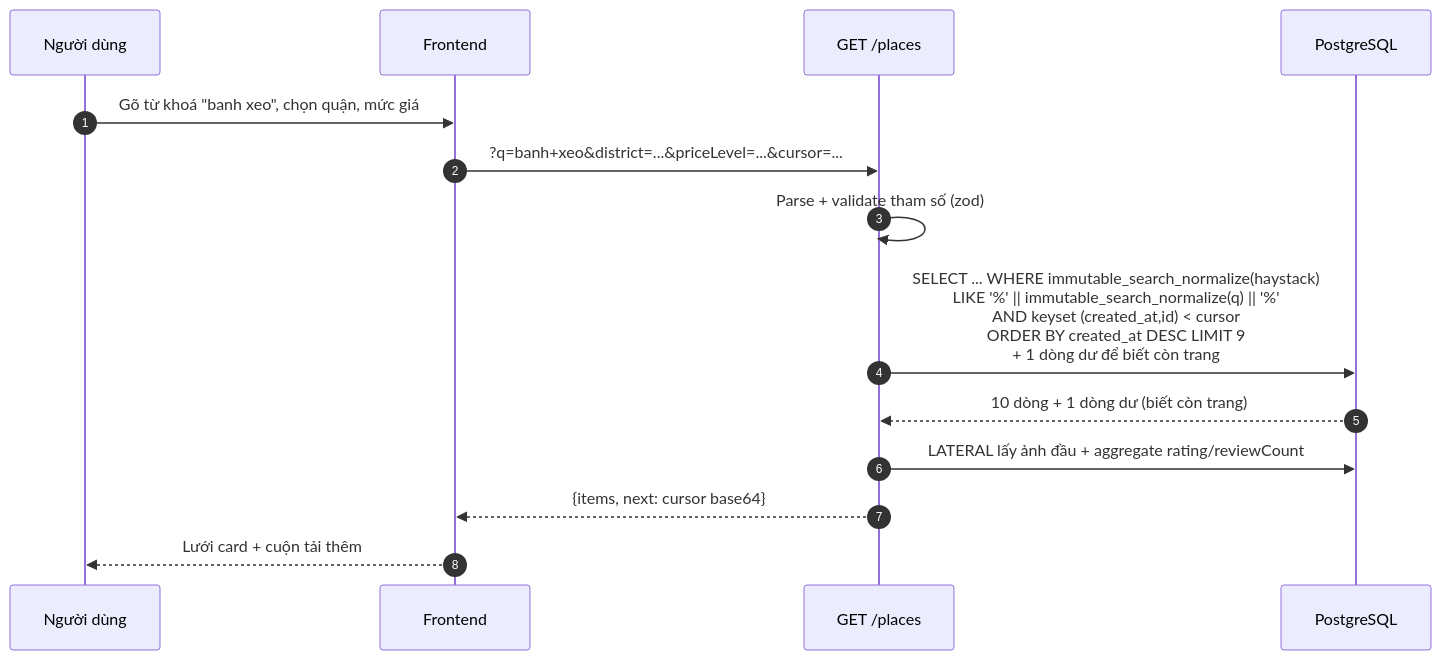
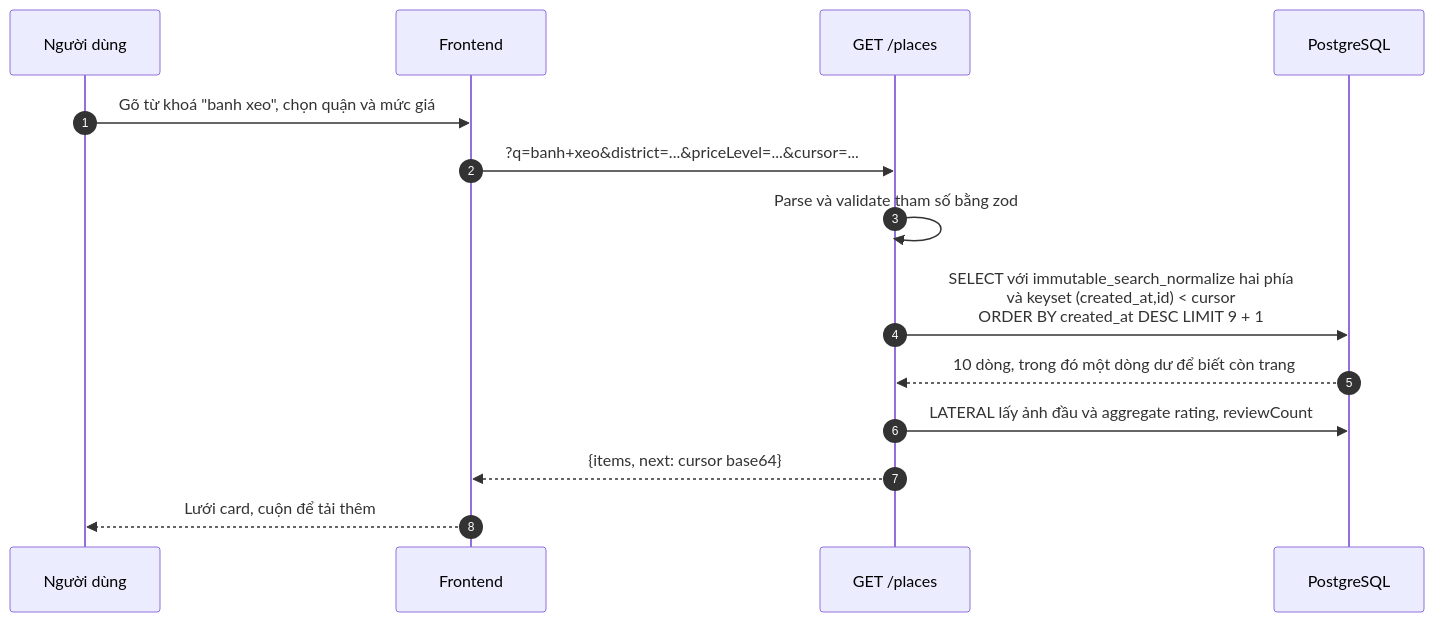
The eighth of 14 diagrams in docs/bao-cao/BAO-CAO-DO-AN.md (longqt321/Rendez-PBL6), drawn with Mermaid before and after one commit. The commit also changed other lines of this file, not shown here.

Commit message:
docs: viet lai bao cao do an theo trang thai hien tai

````diff
--- a/docs/bao-cao/BAO-CAO-DO-AN.md
+++ b/docs/bao-cao/BAO-CAO-DO-AN.md
@@ -493,17 +544,17 @@
 ```mermaid
 sequenceDiagram
   autonumber
   participant U as Người dùng
   participant FE as Frontend
   participant API as GET /places
   participant DB as PostgreSQL
 
-  U->>FE: Gõ từ khoá "banh xeo", chọn quận, mức giá
+  U->>FE: Gõ từ khoá "banh xeo", chọn quận và mức giá
   FE->>API: ?q=banh+xeo&district=...&priceLevel=...&cursor=...
-  API->>API: Parse + validate tham số (zod)
-  API->>DB: SELECT ... WHERE immutable_search_normalize(haystack)<br/>LIKE '%' || immutable_search_normalize(q) || '%'<br/>AND keyset (created_at,id) < cursor<br/>ORDER BY created_at DESC LIMIT 9<br/>+ 1 dòng dư để biết còn trang
-  DB-->>API: 10 dòng + 1 dòng dư (biết còn trang)
-  API->>DB: LATERAL lấy ảnh đầu + aggregate rating/reviewCount
+  API->>API: Parse và validate tham số bằng zod
+  API->>DB: SELECT với immutable_search_normalize hai phía<br/>và keyset (created_at,id) < cursor<br/>ORDER BY created_at DESC LIMIT 9 + 1
+  DB-->>API: 10 dòng, trong đó một dòng dư để biết còn trang
+  API->>DB: LATERAL lấy ảnh đầu và aggregate rating, reviewCount
   API-->>FE: {items, next: cursor base64}
-  FE-->>U: Lưới card + cuộn tải thêm
+  FE-->>U: Lưới card, cuộn để tải thêm
 ```
````
